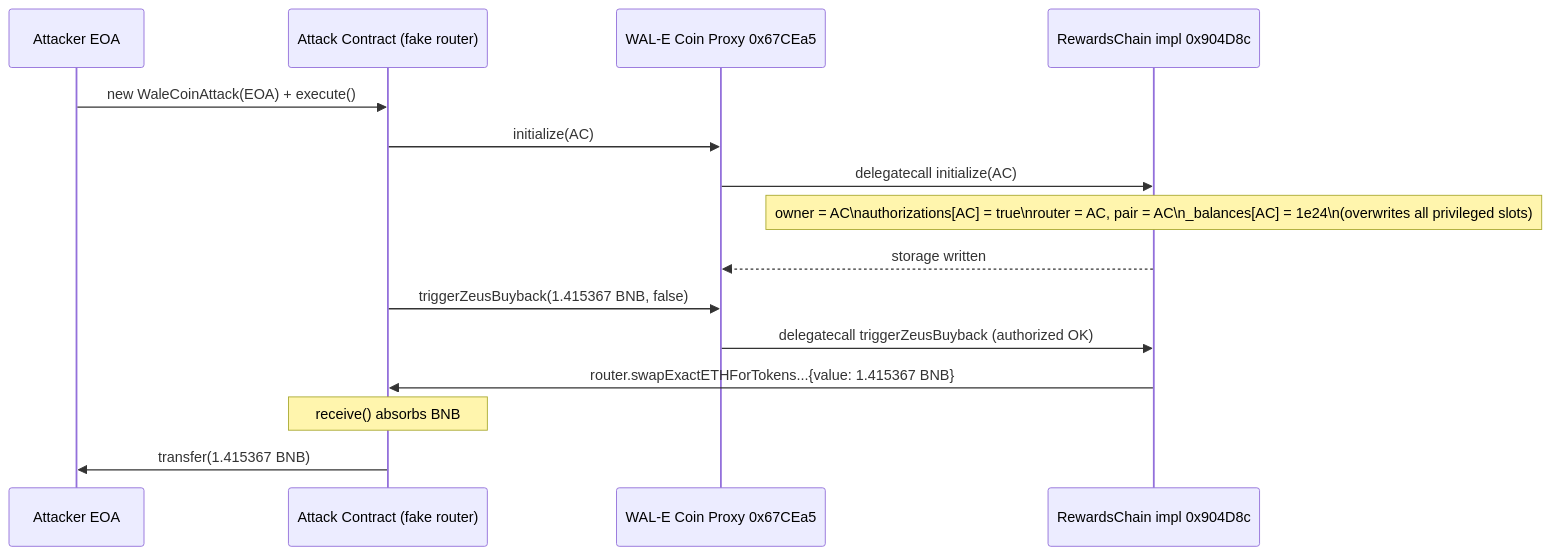
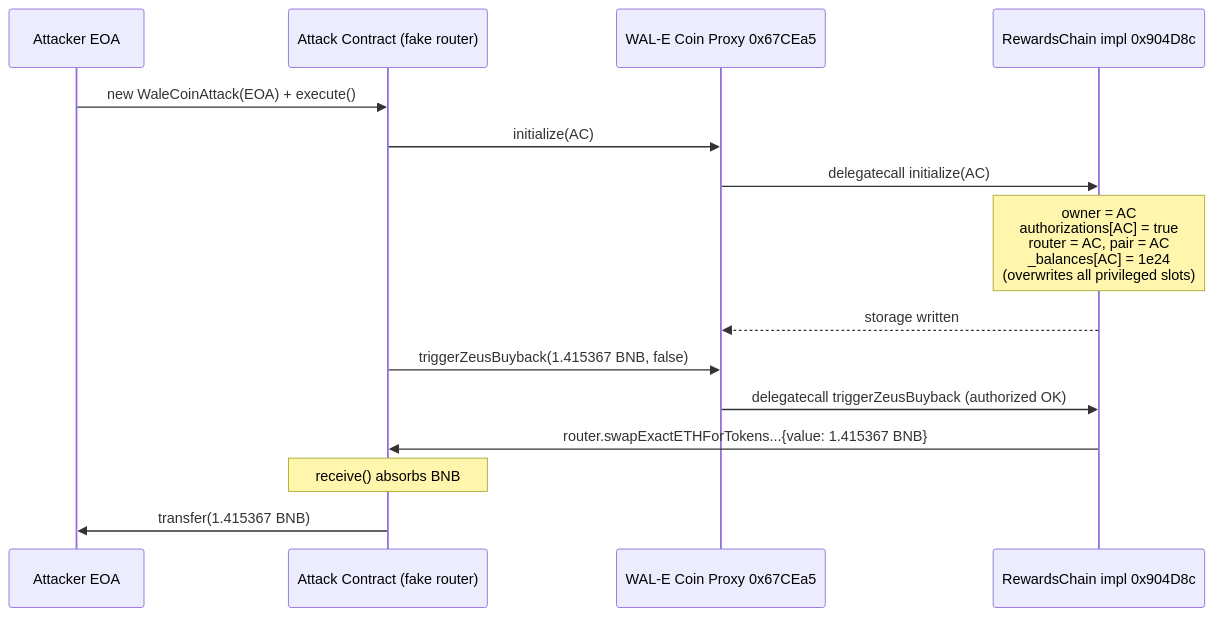
The first of 2 diagrams in 2025-06-WaleCoin_exp/WaleCoin_exp.md (sanbir/evm-hack-registry), drawn with Mermaid before and after one commit. The commit also changed 280 other files, not shown here.

Commit message:
mermaid fixes

````diff
--- a/2025-06-WaleCoin_exp/WaleCoin_exp.md
+++ b/2025-06-WaleCoin_exp/WaleCoin_exp.md
@@ -170,18 +170,18 @@
 ```mermaid
 sequenceDiagram
     participant Attacker as Attacker EOA
     participant AC as Attack Contract (fake router)
     participant Proxy as WAL-E Coin Proxy 0x67CEa5
     participant Impl as RewardsChain impl 0x904D8c
 
     Attacker->>AC: new WaleCoinAttack(EOA) + execute()
     AC->>Proxy: initialize(AC)
     Proxy->>Impl: delegatecall initialize(AC)
-    Note over Impl: owner = AC\nauthorizations[AC] = true\nrouter = AC, pair = AC\n_balances[AC] = 1e24\n(overwrites all privileged slots)
+    Note over Impl: owner = AC<br/>authorizations[AC] = true<br/>router = AC, pair = AC<br/>_balances[AC] = 1e24<br/>(overwrites all privileged slots)
     Impl-->>Proxy: storage written
     AC->>Proxy: triggerZeusBuyback(1.415367 BNB, false)
     Proxy->>Impl: delegatecall triggerZeusBuyback (authorized OK)
     Impl->>AC: router.swapExactETHForTokens...{value: 1.415367 BNB}
     Note over AC: receive() absorbs BNB
     AC->>Attacker: transfer(1.415367 BNB)
 ```
````
